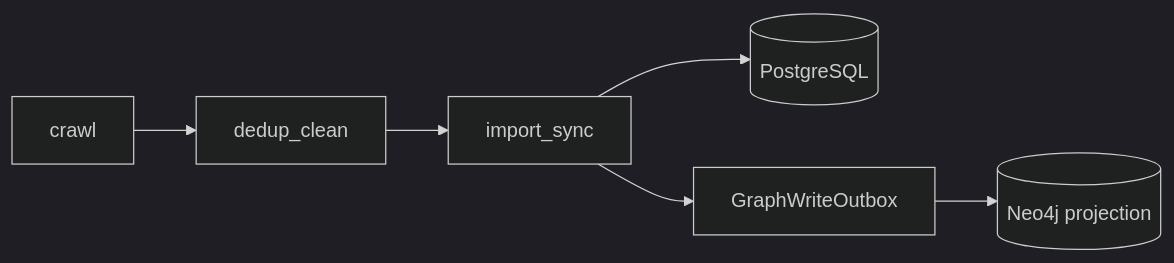
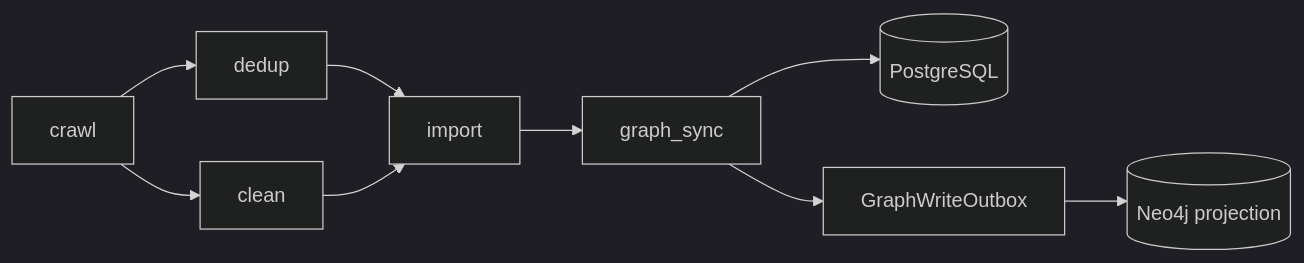
The diagram in docs/architecture/pipeline.md (starmap-team/starmap), drawn with Mermaid (dark theme) before and after one commit. The commit also changed other lines of this file and 278 other files, not shown here.

````diff
--- a/docs/architecture/pipeline.md
+++ b/docs/architecture/pipeline.md
@@ -10,8 +10,11 @@
 ```mermaid
 flowchart LR
-    C[crawl] --> D[dedup_clean]
-    D --> I[import_sync]
-    I --> PG[(PostgreSQL)]
-    I --> O[GraphWriteOutbox]
+    C[crawl] --> D[dedup]
+    C --> CL[clean]
+    D --> I[import]
+    CL --> I
+    I --> GS[graph_sync]
+    GS --> PG[(PostgreSQL)]
+    GS --> O[GraphWriteOutbox]
     O --> N[(Neo4j projection)]
 ```
````
